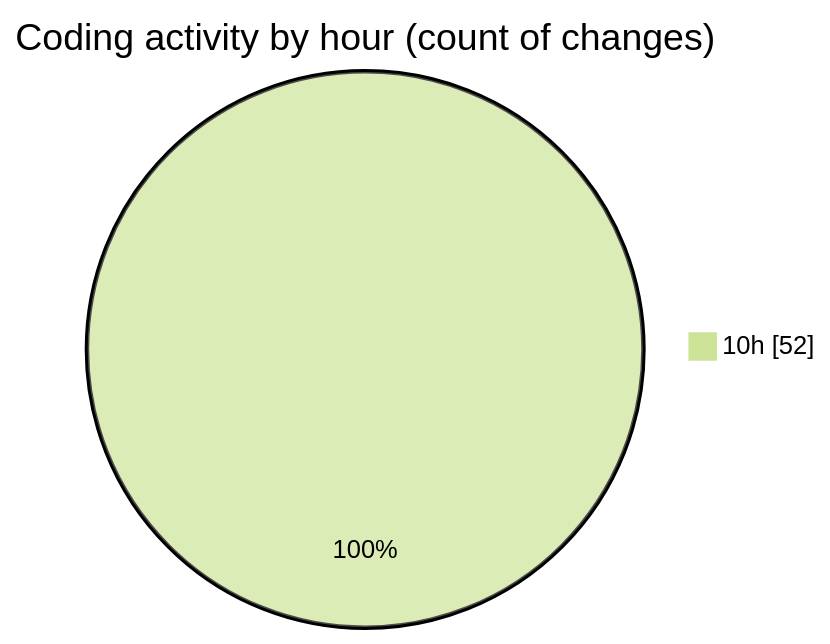
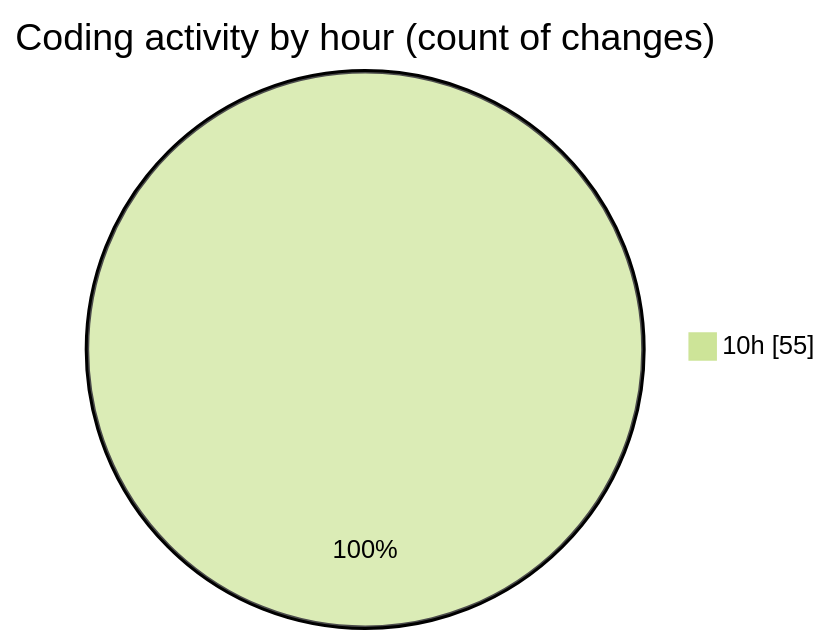
Before and after one commit to nxtqubesakshisongat/code-tracking: the second of 2 diagrams in 2026-03-06/nxtqube_webapp/README.md, drawn with Mermaid (forest theme). The commit also changed other lines of this file and 1 other file, not shown here.

````diff
--- a/2026-03-06/nxtqube_webapp/README.md
+++ b/2026-03-06/nxtqube_webapp/README.md
@@ -37,5 +37,5 @@
 ```mermaid
 pie showData
 title Coding activity by hour (count of changes)
-"10h" : 52
+"10h" : 55
 ```
````
